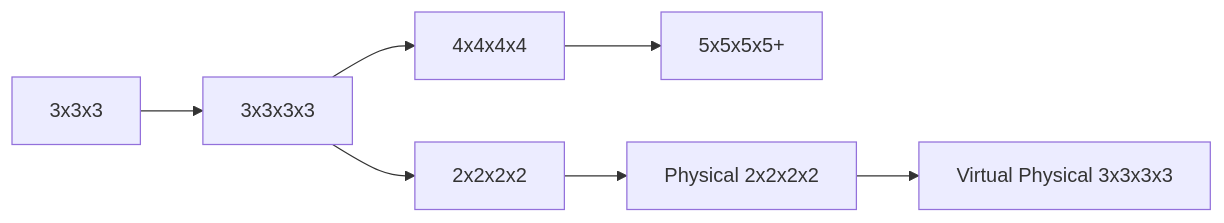
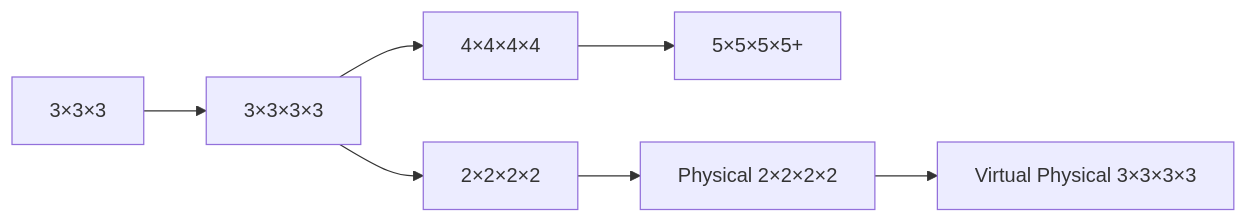
One commit to Hypercubers/hypercubing.xyz changed the first of 4 diagrams in docs/progression.md. Above: the diagram before and after it, drawn with Mermaid. The commit also changed other lines of this file and 47 other files, not shown here.

````diff
--- a/docs/progression.md
+++ b/docs/progression.md
@@ -11,16 +13,16 @@
 ```mermaid
 flowchart LR
-    A[3x3x3]
-    B[3x3x3x3]
-    C[2x2x2x2]
-    D[4x4x4x4]
-    E[5x5x5x5+]
-    F[Physical 2x2x2x2]
-    G[Virtual Physical 3x3x3x3]
+    A[3×3×3]
+    B[3×3×3×3]
+    C[2×2×2×2]
+    D[4×4×4×4]
+    E[5×5×5×5+]
+    F[Physical 2×2×2×2]
+    G[Virtual Physical 3×3×3×3]
     A --> B
     B --> C
     B --> D
     C --> F
     D --> E
     F --> G
 ```
````
